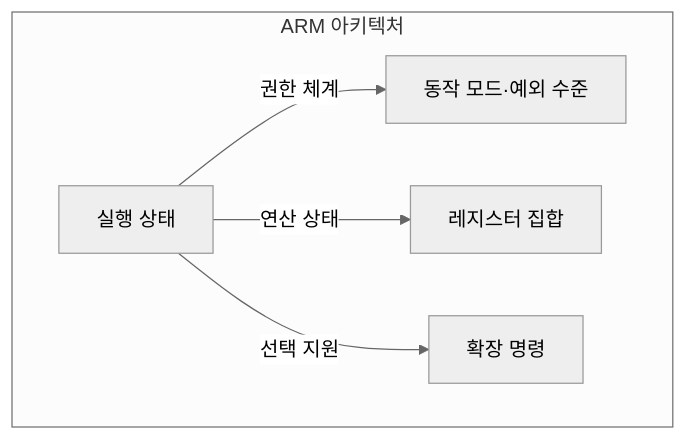
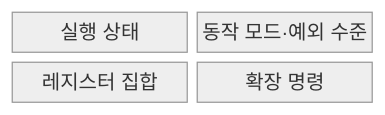
The first of 2 diagrams in src/content/docs/notes/02-hardware/005_arm_architecture.md (agnusdei1207/knowledge-base), drawn with Mermaid (neutral theme) before and after one commit. The commit also changed other lines of this file and 20 other files, not shown here.

````diff
--- a/src/content/docs/notes/02-hardware/005_arm_architecture.md
+++ b/src/content/docs/notes/02-hardware/005_arm_architecture.md
@@ -67,12 +65,8 @@
 ```mermaid
-flowchart TB
-    subgraph ARM["ARM 아키텍처"]
-        E["실행 상태"]
-        P["동작 모드·예외 수준"]
-        R["레지스터 집합"]
-        X["확장 명령"]
-        E -->|권한 체계| P
-        E -->|연산 상태| R
-        E -->|선택 지원| X
-    end
+block
+    columns 2
+    E["실행 상태"]
+    P["동작 모드·예외 수준"]
+    R["레지스터 집합"]
+    X["확장 명령"]
 ```
````
